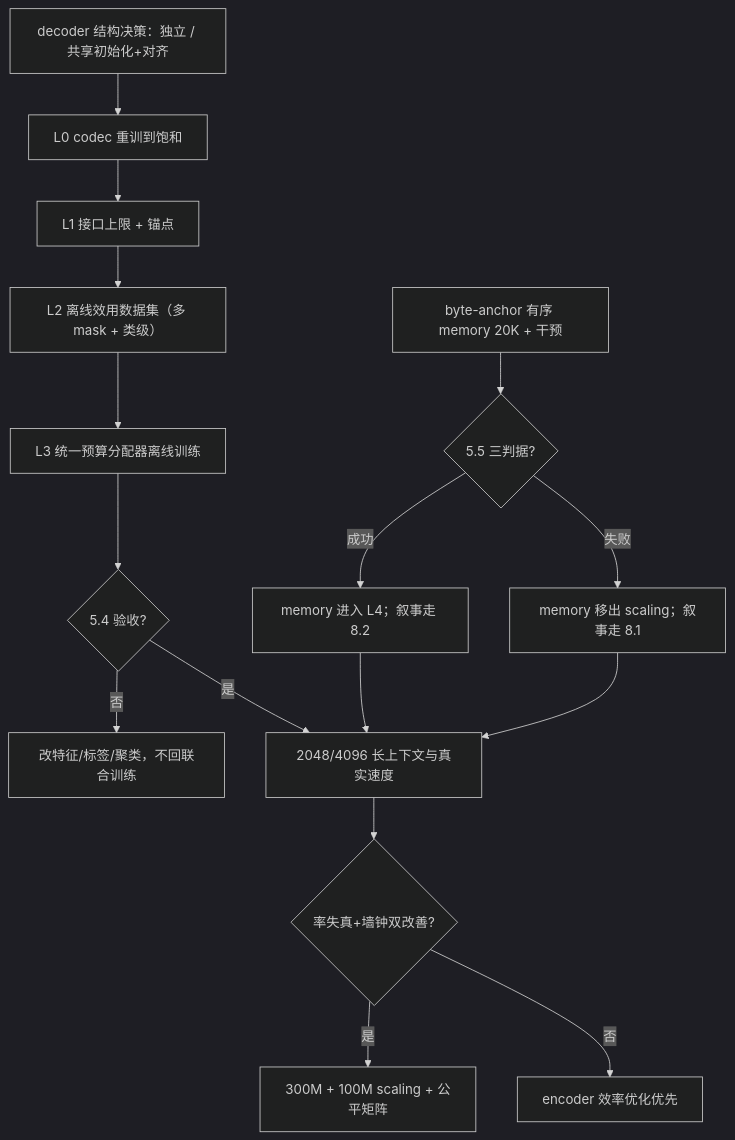
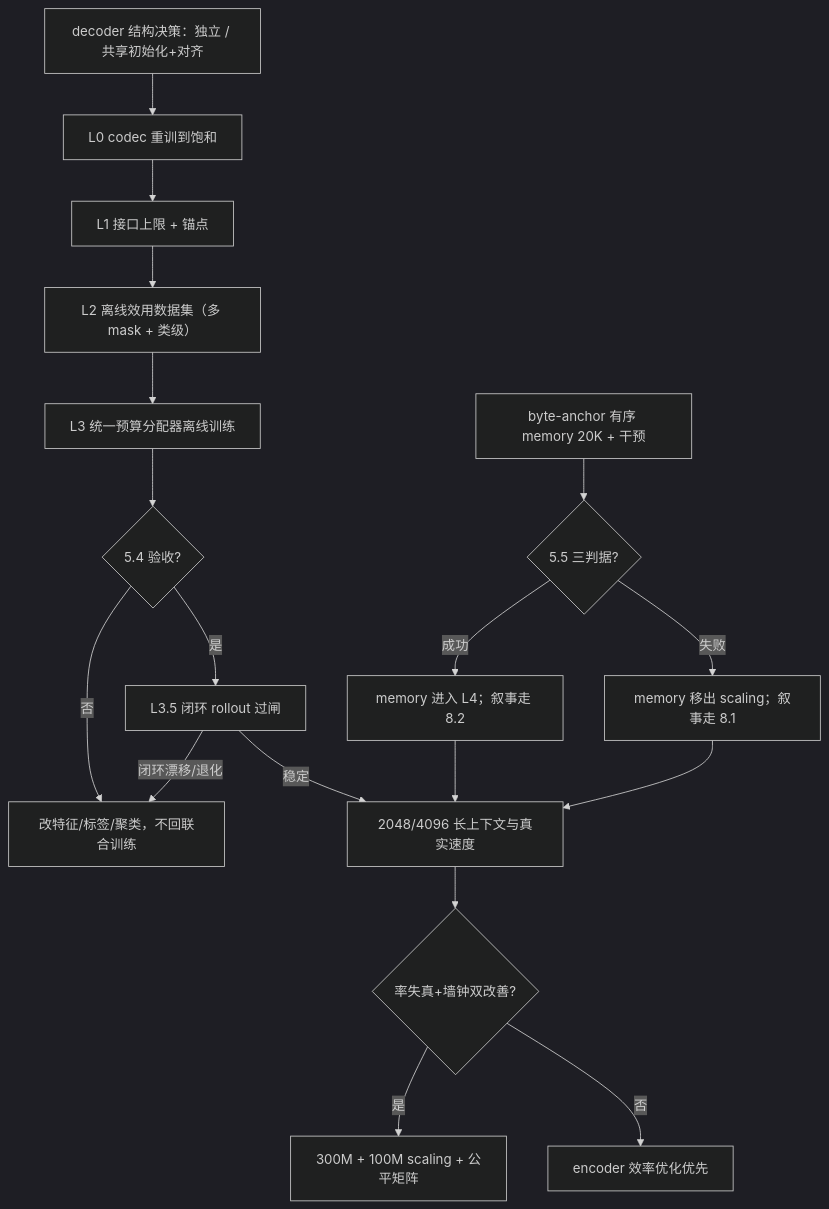
One commit to wdd9700/FLUED changed the diagram in docs/versions/v3.5/FLUED_V3_5_STAGED_FREEZE_AND_OFFLINE_UTILITY_CN.md. Above: the diagram before and after it, drawn with Mermaid (dark theme). The commit also changed other lines of this file, not shown here.

````diff
--- a/docs/versions/v3.5/FLUED_V3_5_STAGED_FREEZE_AND_OFFLINE_UTILITY_CN.md
+++ b/docs/versions/v3.5/FLUED_V3_5_STAGED_FREEZE_AND_OFFLINE_UTILITY_CN.md
@@ -337,18 +377,20 @@
 ```mermaid
 flowchart TD
     A["byte-anchor 有序 memory 20K + 干预"] --> B{"5.5 三判据?"}
     B -->|"失败"| C["memory 移出 scaling；叙事走 8.1"]
     B -->|"成功"| D["memory 进入 L4；叙事走 8.2"]
     E["decoder 结构决策：独立 / 共享初始化+对齐"] --> F["L0 codec 重训到饱和"]
     F --> G["L1 接口上限 + 锚点"]
     G --> H["L2 离线效用数据集（多 mask + 类级）"]
     H --> I["L3 统一预算分配器离线训练"]
     I --> J{"5.4 验收?"}
     J -->|"否"| K["改特征/标签/聚类，不回联合训练"]
-    J -->|"是"| L["2048/4096 长上下文与真实速度"]
+    J -->|"是"| J2["L3.5 闭环 rollout 过闸"]
+    J2 -->|"闭环漂移/退化"| K
+    J2 -->|"稳定"| L["2048/4096 长上下文与真实速度"]
     D --> L
     C --> L
     L --> M{"率失真+墙钟双改善?"}
     M -->|"是"| N["300M + 100M scaling + 公平矩阵"]
     M -->|"否"| O["encoder 效率优化优先"]
 ```
````
